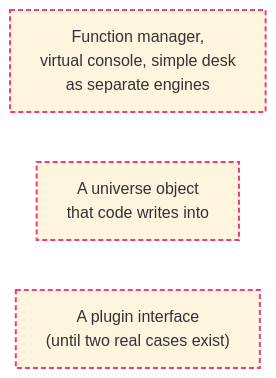
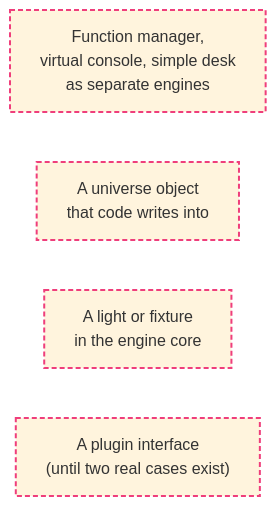
The fifth of 5 diagrams in docs/design/modules.md (abossard/bossylights), drawn with Mermaid (base theme) before and after one commit. The commit also changed other lines of this file and 17 other files, not shown here.

````diff
--- a/docs/design/modules.md
+++ b/docs/design/modules.md
@@ -160,7 +171,8 @@
 ```mermaid
 flowchart LR
   N1["Function manager,<br/>virtual console, simple desk<br/>as separate engines"]:::no
   N2["A universe object<br/>that code writes into"]:::no
+  N4["A light or fixture<br/>in the engine core"]:::no
   N3["A plugin interface<br/>(until two real cases exist)"]:::no
   classDef no stroke:#ef3e7b,stroke-width:2px,stroke-dasharray: 5 3
 ```
````
